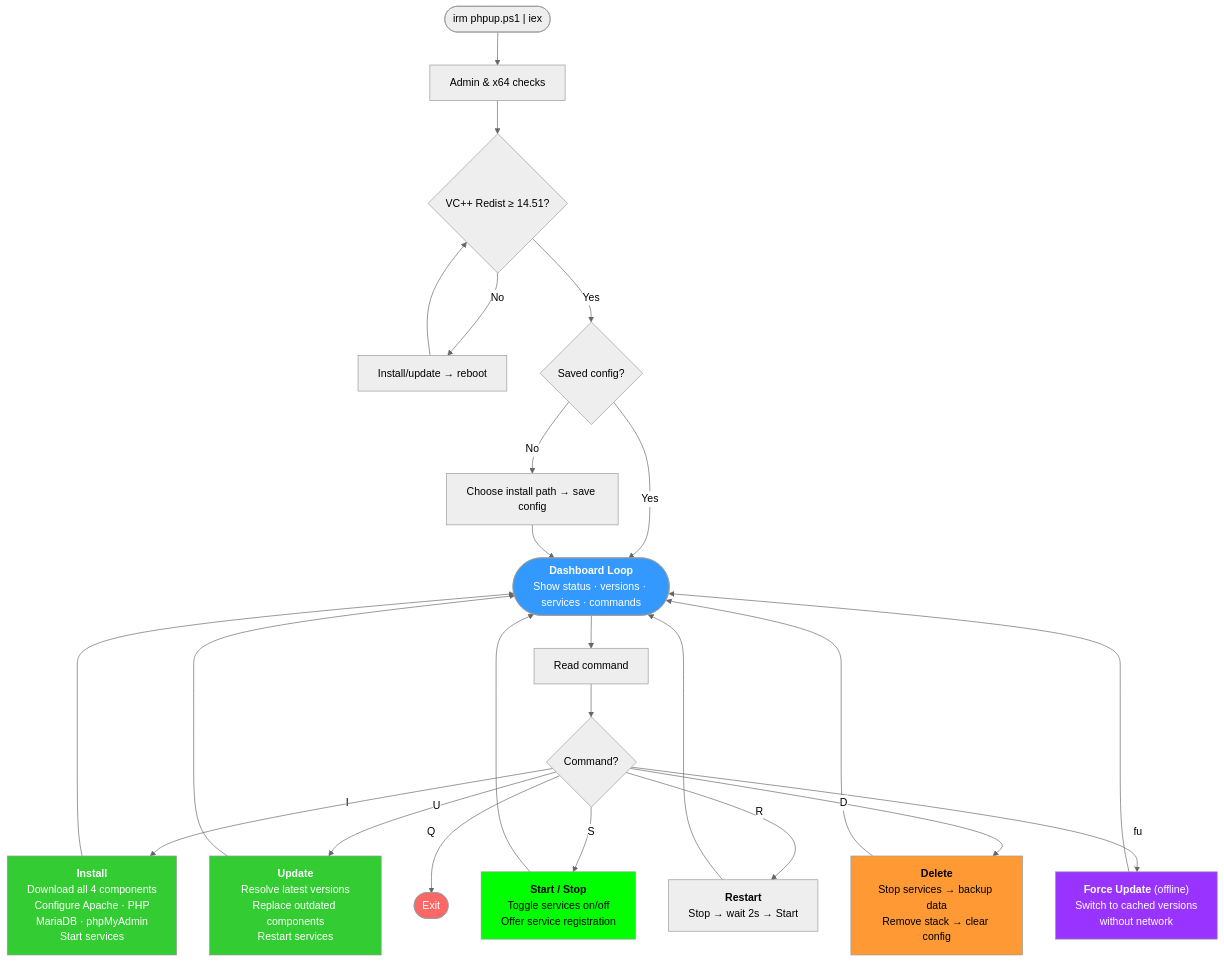
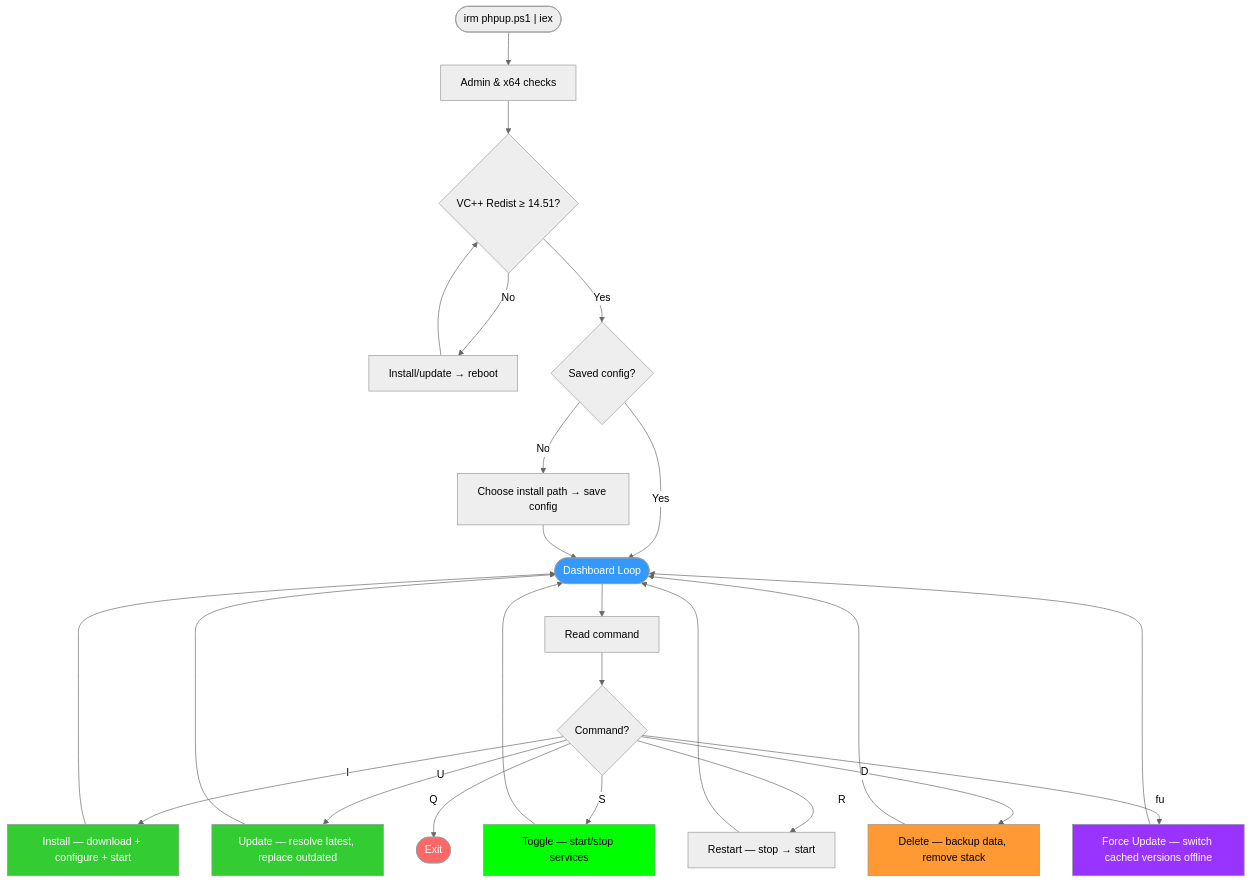
The diagram in README.md (DaFa66/phpup), drawn with Mermaid (neutral theme) before and after one commit. The commit also changed other lines of this file, not shown here.

````diff
--- a/README.md
+++ b/README.md
@@ -329,38 +249,38 @@
 ```mermaid
 flowchart TD
     START(["irm phpup.ps1 | iex"]) --> GUARDS["Admin & x64 checks"]
     GUARDS --> VC{"VC++ Redist ≥ 14.51?"}
     VC -->|"No"| VC_FIX["Install/update → reboot"]
     VC_FIX --> VC
     VC -->|"Yes"| CONFIG{"Saved config?"}
     CONFIG -->|"Yes"| DASHBOARD
     CONFIG -->|"No"| PROMPT["Choose install path → save config"]
     PROMPT --> DASHBOARD
 
-    DASHBOARD(["<b>Dashboard Loop</b><br/>Show status · versions · services · commands"])
+    DASHBOARD(["Dashboard Loop"])
     DASHBOARD --> INPUT["Read command"]
 
     INPUT --> CMD{"Command?"}
-    CMD -->|"I"| INSTALL["<b>Install</b><br/>Download all 4 components<br/>Configure Apache · PHP<br/>MariaDB · phpMyAdmin<br/>Start services"]
-    CMD -->|"U"| UPDATE["<b>Update</b><br/>Resolve latest versions<br/>Replace outdated components<br/>Restart services"]
-    CMD -->|"S"| TOGGLE["<b>Start / Stop</b><br/>Toggle services on/off<br/>Offer service registration"]
-    CMD -->|"R"| RESTART["<b>Restart</b><br/>Stop → wait 2s → Start"]
-    CMD -->|"D"| DELETE["<b>Delete</b><br/>Stop services → backup data<br/>Remove stack → clear config"]
+    CMD -->|"I"| INSTALL["Install — download + configure + start"]
+    CMD -->|"U"| UPDATE["Update — resolve latest, replace outdated"]
+    CMD -->|"S"| TOGGLE["Toggle — start/stop services"]
+    CMD -->|"R"| RESTART["Restart — stop → start"]
+    CMD -->|"D"| DELETE["Delete — backup data, remove stack"]
     CMD -->|"Q"| QUIT(["Exit"])
-    CMD -->|"fu"| FORCE["<b>Force Update</b> (offline)<br/>Switch to cached versions<br/>without network"]
+    CMD -->|"fu"| FORCE["Force Update — switch cached versions offline"]
 
     INSTALL --> DASHBOARD
     UPDATE --> DASHBOARD
     TOGGLE --> DASHBOARD
     RESTART --> DASHBOARD
     DELETE --> DASHBOARD
     FORCE --> DASHBOARD
 
     style DASHBOARD fill:#39f,color:#fff
     style INSTALL fill:#3c3,color:#fff
     style UPDATE fill:#3c3,color:#fff
     style TOGGLE fill:#0f0,color:#000
     style DELETE fill:#f93,color:#000
     style FORCE fill:#93f,color:#fff
     style QUIT fill:#f66,color:#fff
 ```
````
